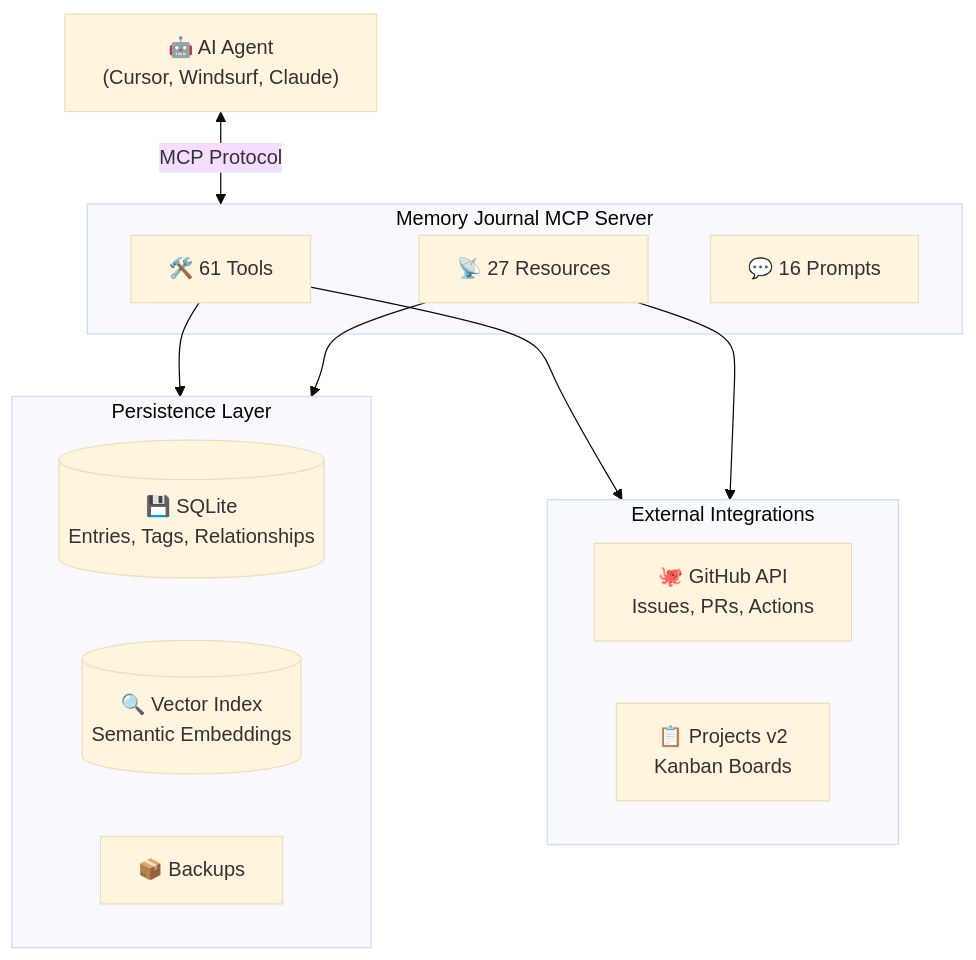
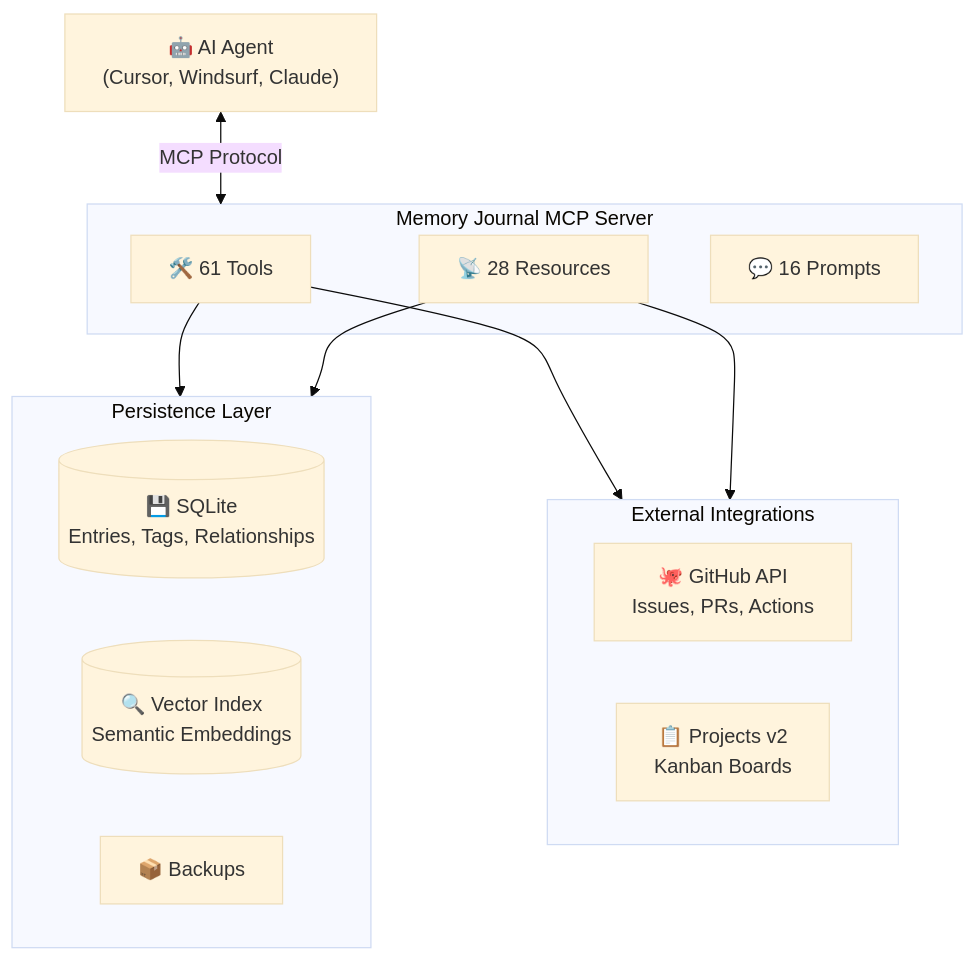
Before and after one commit to neverinfamous/memory-journal-mcp: the second of 2 diagrams in README.md, drawn with Mermaid (base theme). The commit also changed other lines of this file and 10 other files, not shown here.

````diff
--- a/README.md
+++ b/README.md
@@ -569,27 +570,27 @@
 ```mermaid
 flowchart TB
     AI["🤖 AI Agent<br/>(Cursor, Windsurf, Claude)"]
 
     subgraph MCP["Memory Journal MCP Server"]
         Tools["🛠️ 61 Tools"]
-        Resources["📡 27 Resources"]
+        Resources["📡 28 Resources"]
         Prompts["💬 16 Prompts"]
     end
 
     subgraph Storage["Persistence Layer"]
         SQLite[("💾 SQLite<br/>Entries, Tags, Relationships")]
         Vector[("🔍 Vector Index<br/>Semantic Embeddings")]
         Backups["📦 Backups"]
     end
 
     subgraph External["External Integrations"]
         GitHub["🐙 GitHub API<br/>Issues, PRs, Actions"]
         Kanban["📋 Projects v2<br/>Kanban Boards"]
     end
 
     AI <-->|"MCP Protocol"| MCP
     Tools --> Storage
     Tools --> External
     Resources --> Storage
     Resources --> External
 ```
````
